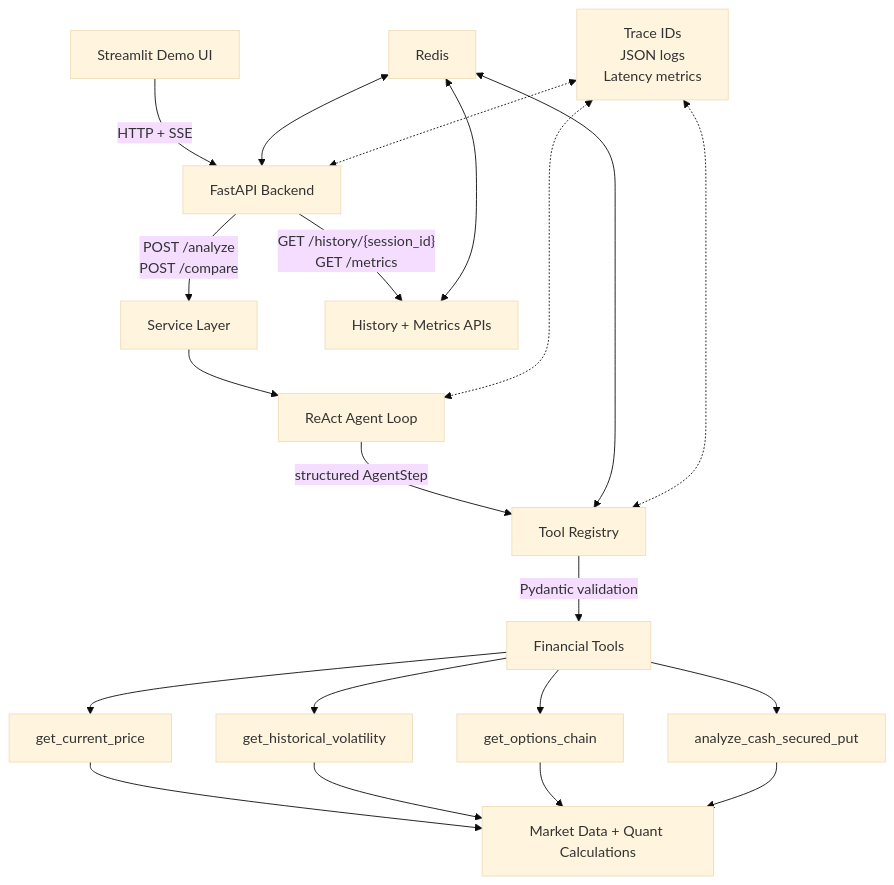
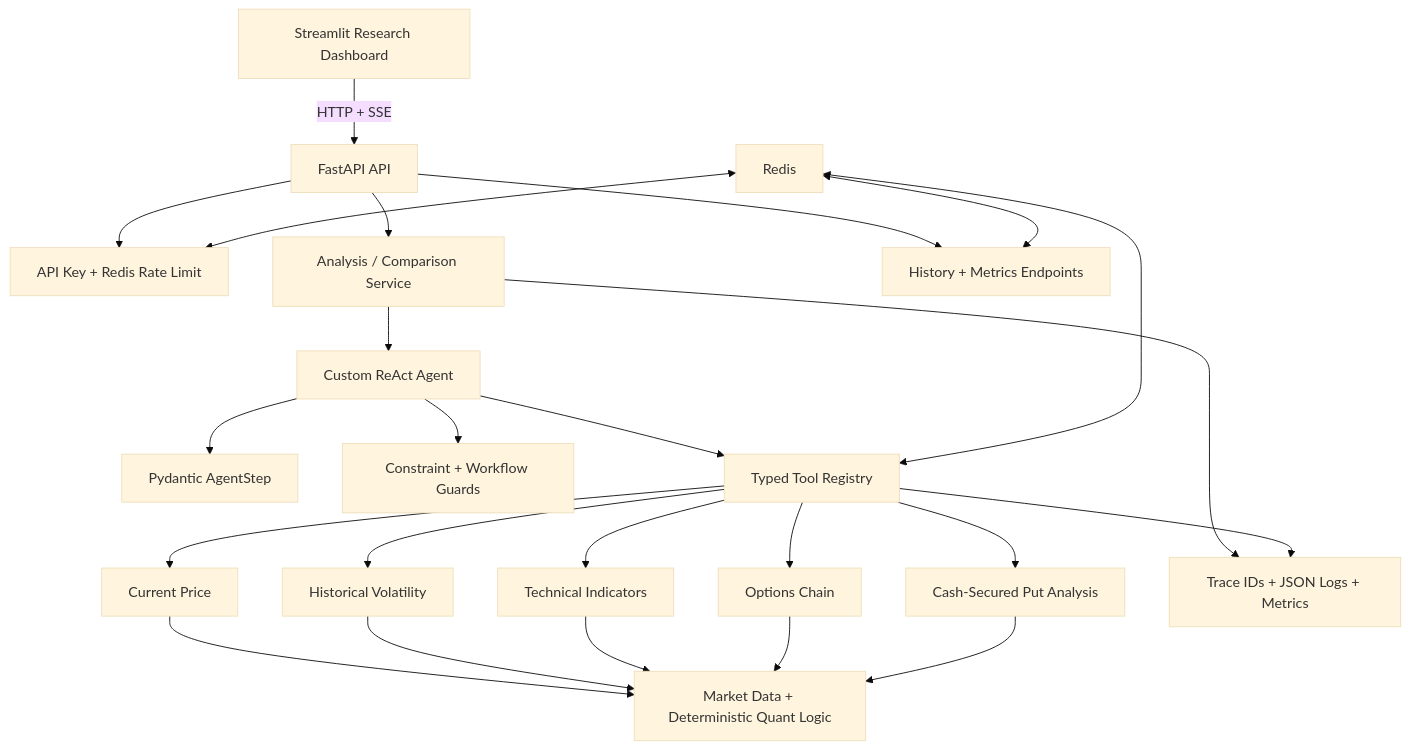
Before and after one commit to Andrewchenyh/AI-Investment-Copilot: the diagram in README.md, drawn with Mermaid (base theme). The commit also changed other lines of this file, not shown here.

````diff
--- a/README.md
+++ b/README.md
@@ -32,29 +74,32 @@
 ```mermaid
 flowchart TD
-    UI["Streamlit Demo UI"] -->|"HTTP + SSE"| API["FastAPI Backend"]
+    UI["Streamlit Research Dashboard"] -->|"HTTP + SSE"| API["FastAPI API"]
 
-    API -->|"POST /analyze<br/>POST /compare"| SERVICE["Service Layer"]
-    API -->|"GET /history/{session_id}<br/>GET /metrics"| OPS["History + Metrics APIs"]
+    API --> AUTH["API Key + Redis Rate Limit"]
+    API --> SERVICE["Analysis / Comparison Service"]
+    API --> OPS["History + Metrics Endpoints"]
 
-    SERVICE --> AGENT["ReAct Agent Loop"]
-    AGENT -->|"structured AgentStep"| REGISTRY["Tool Registry"]
-    REGISTRY -->|"Pydantic validation"| TOOLS["Financial Tools"]
+    SERVICE --> AGENT["Custom ReAct Agent"]
+    AGENT --> STEP["Pydantic AgentStep"]
+    AGENT --> GUARDS["Constraint + Workflow Guards"]
+    AGENT --> REGISTRY["Typed Tool Registry"]
 
-    TOOLS --> PRICE["get_current_price"]
-    TOOLS --> VOL["get_historical_volatility"]
-    TOOLS --> CHAIN["get_options_chain"]
-    TOOLS --> CSP["analyze_cash_secured_put"]
+    REGISTRY --> PRICE["Current Price"]
+    REGISTRY --> VOL["Historical Volatility"]
+    REGISTRY --> TECH["Technical Indicators"]
+    REGISTRY --> CHAIN["Options Chain"]
+    REGISTRY --> CSP["Cash-Secured Put Analysis"]
 
-    PRICE --> DATA["Market Data + Quant Calculations"]
+    PRICE --> DATA["Market Data + Deterministic Quant Logic"]
     VOL --> DATA
+    TECH --> DATA
     CHAIN --> DATA
     CSP --> DATA
 
-    REDIS["Redis"] <--> API
+    REDIS["Redis"] <--> AUTH
     REDIS <--> REGISTRY
     REDIS <--> OPS
 
-    OBS["Trace IDs<br/>JSON logs<br/>Latency metrics"] <-.-> API
-    OBS <-.-> AGENT
-    OBS <-.-> REGISTRY
+    SERVICE --> OBS["Trace IDs + JSON Logs + Metrics"]
+    REGISTRY --> OBS
 ```
````
